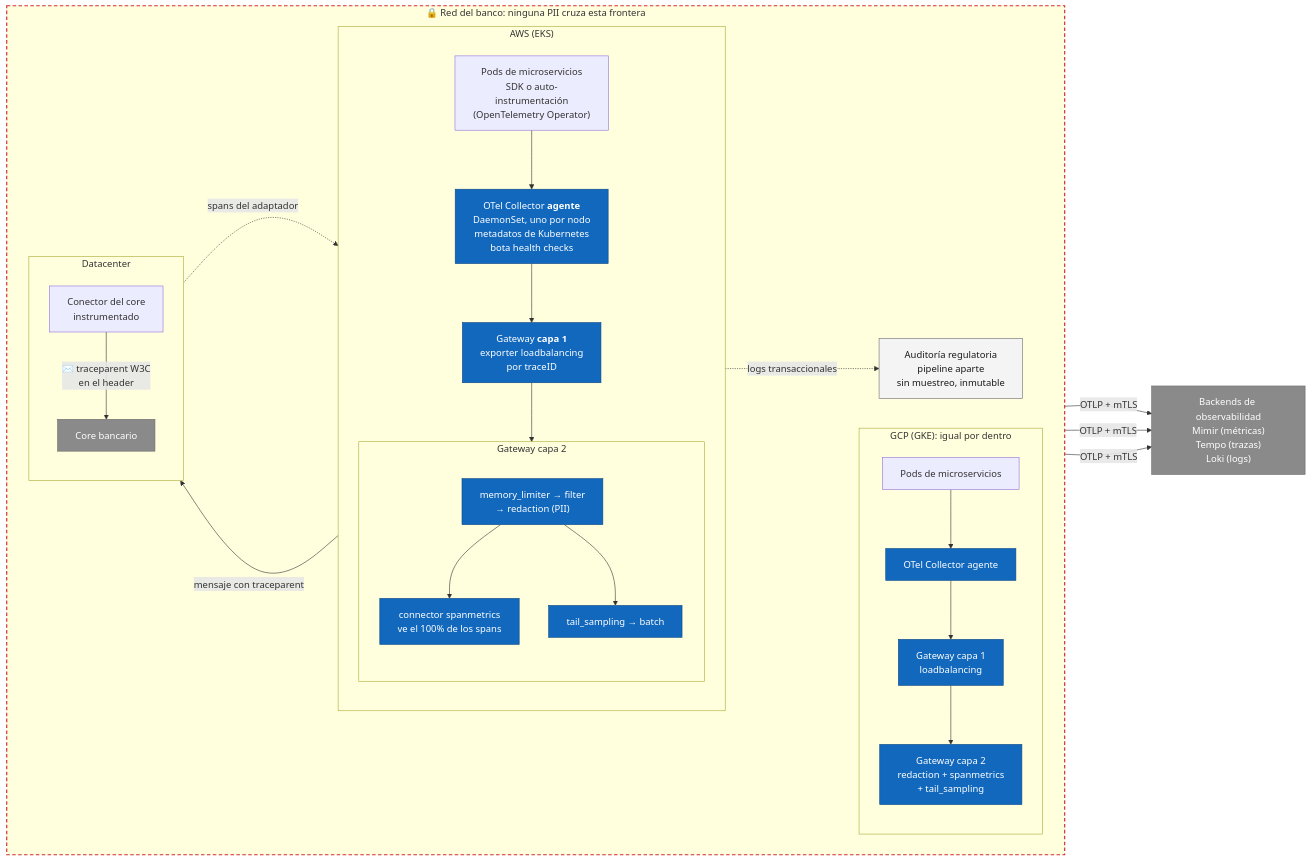
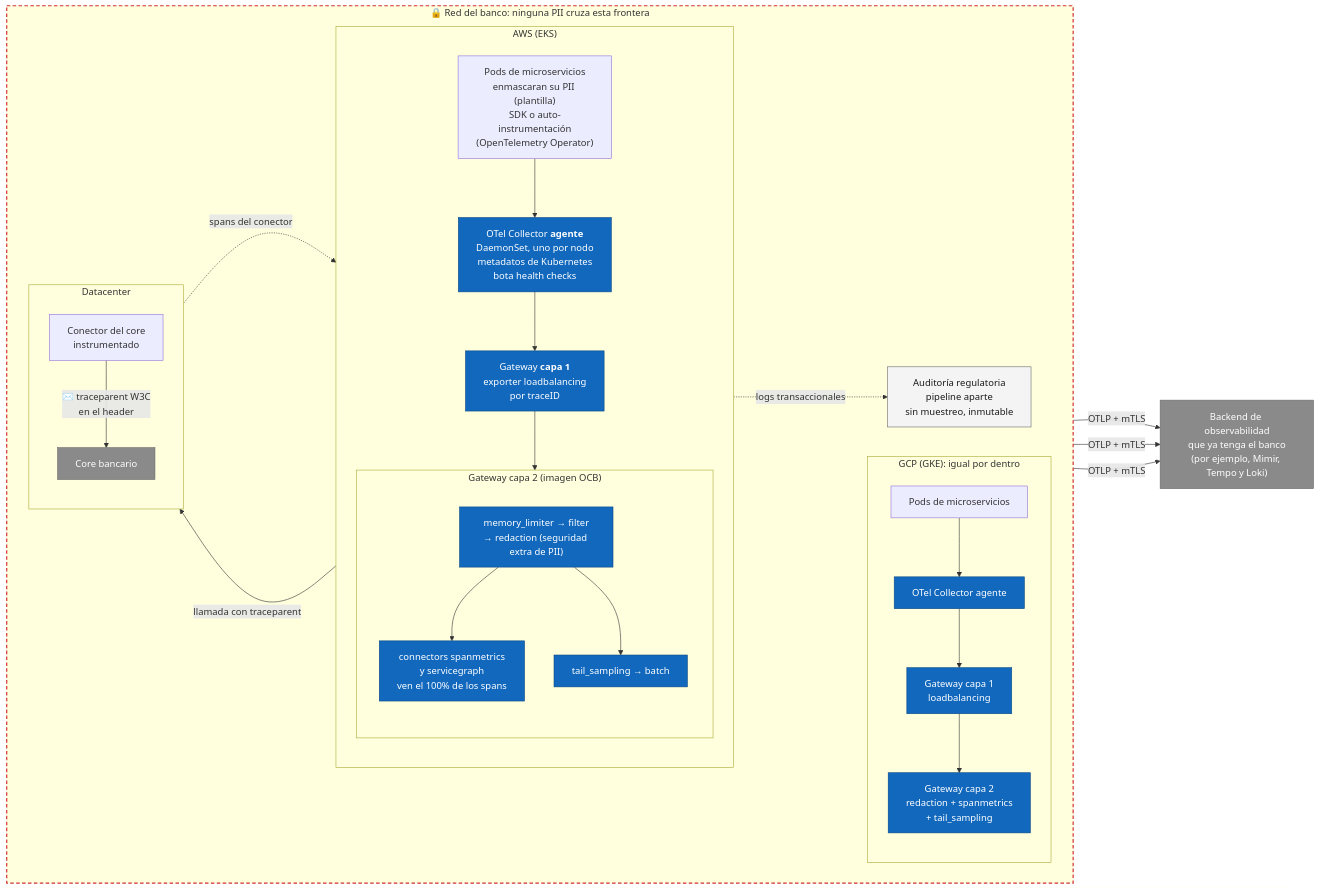
Before and after one commit to locosebas/necesidadesYGrafos: the sixth of 12 diagrams in devops-senior/temas/25-davivienda-sre-observabilidad/presentacion-libreto.md, drawn with Mermaid. The commit also changed other lines of this file, not shown here.

Commit message:
Reescribir el libreto (versión 2) con las decisiones revisadas del análisis de alternativas

````diff
--- a/devops-senior/temas/25-davivienda-sre-observabilidad/presentacion-libreto.md
+++ b/devops-senior/temas/25-davivienda-sre-observabilidad/presentacion-libreto.md
@@ -372,50 +402,50 @@
 ```mermaid
 flowchart LR
     subgraph banco["🔒 Red del banco: ninguna PII cruza esta frontera"]
         direction LR
         subgraph aws["AWS (EKS)"]
             direction TB
-            appA["Pods de microservicios<br/>SDK o auto-instrumentación<br/>(OpenTelemetry Operator)"]
+            appA["Pods de microservicios<br/>enmascaran su PII (plantilla)<br/>SDK o auto-instrumentación<br/>(OpenTelemetry Operator)"]
             agA["OTel Collector <b>agente</b><br/>DaemonSet, uno por nodo<br/>metadatos de Kubernetes<br/>bota health checks"]
             gw1A["Gateway <b>capa 1</b><br/>exporter loadbalancing<br/>por traceID"]
-            subgraph gw2A["Gateway capa 2"]
+            subgraph gw2A["Gateway capa 2 (imagen OCB)"]
                 direction TB
-                procA["memory_limiter → filter<br/>→ redaction (PII)"]
-                smA["connector spanmetrics<br/>ve el 100% de los spans"]
+                procA["memory_limiter → filter<br/>→ redaction (seguridad extra de PII)"]
+                smA["connectors spanmetrics<br/>y servicegraph<br/>ven el 100% de los spans"]
                 tsA["tail_sampling → batch"]
                 procA --> smA
                 procA --> tsA
             end
             appA --> agA --> gw1A --> procA
         end
 
         subgraph gcp["GCP (GKE): igual por dentro"]
             direction TB
             appG["Pods de microservicios"] --> agG["OTel Collector agente"] --> gw1G["Gateway capa 1<br/>loadbalancing"] --> gw2G["Gateway capa 2<br/>redaction + spanmetrics<br/>+ tail_sampling"]
         end
 
         subgraph dc["Datacenter"]
             direction TB
             conector["Conector del core<br/>instrumentado"] -- "✉️ traceparent W3C<br/>en el header" --> corebanc["Core bancario"]
         end
 
         audit["Auditoría regulatoria<br/>pipeline aparte<br/>sin muestreo, inmutable"]
     end
 
-    backends["Backends de observabilidad<br/>Mimir (métricas)<br/>Tempo (trazas)<br/>Loki (logs)"]
+    backends["Backend de observabilidad<br/>que ya tenga el banco<br/>(por ejemplo, Mimir, Tempo y Loki)"]
 
-    appA -- "mensaje con traceparent" --> conector
-    conector -. "spans del adaptador" .-> gw1A
+    appA -- "llamada con traceparent" --> conector
+    conector -. "spans del conector" .-> gw1A
     smA -- "OTLP + mTLS" --> backends
     tsA -- "OTLP + mTLS" --> backends
     gw2G -- "OTLP + mTLS" --> backends
     appA -. "logs transaccionales" .-> audit
 
     classDef col fill:#1168bd,stroke:#0b4884,color:#ffffff
     classDef ext fill:#8a8a8a,stroke:#6b6b6b,color:#ffffff
     classDef reg fill:#f4f4f4,stroke:#6b6b6b,color:#1b1b1b
     class agA,gw1A,procA,smA,tsA,agG,gw1G,gw2G col
     class backends,corebanc ext
     class audit reg
     style banco stroke:#d32f2f,stroke-width:2px,stroke-dasharray:6 4
 ```
````
